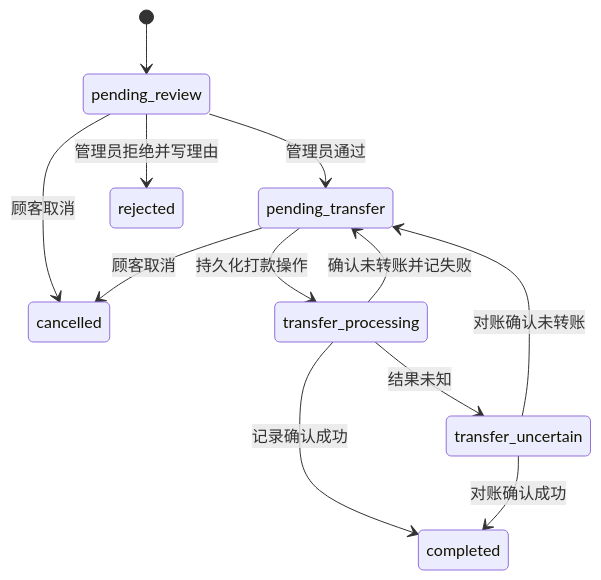
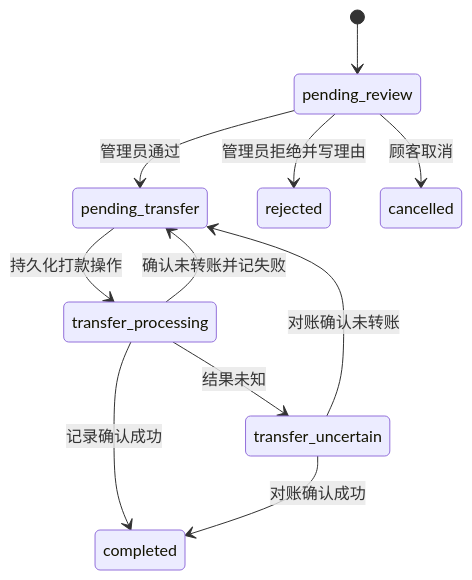
Before and after one commit to YYKX682436/AiKayun: the diagram in docs/withdrawals.md, drawn with Mermaid. The commit also changed other lines of this file and 2 other files, not shown here.

````diff
--- a/docs/withdrawals.md
+++ b/docs/withdrawals.md
@@ -34,14 +34,13 @@
 ```mermaid
 stateDiagram-v2
   [*] --> pending_review
   pending_review --> pending_transfer: 管理员通过
   pending_review --> rejected: 管理员拒绝并写理由
   pending_review --> cancelled: 顾客取消
   pending_transfer --> transfer_processing: 持久化打款操作
-  pending_transfer --> cancelled: 顾客取消
   transfer_processing --> completed: 记录确认成功
   transfer_processing --> pending_transfer: 确认未转账并记失败
   transfer_processing --> transfer_uncertain: 结果未知
   transfer_uncertain --> completed: 对账确认成功
   transfer_uncertain --> pending_transfer: 对账确认未转账
 ```
````
